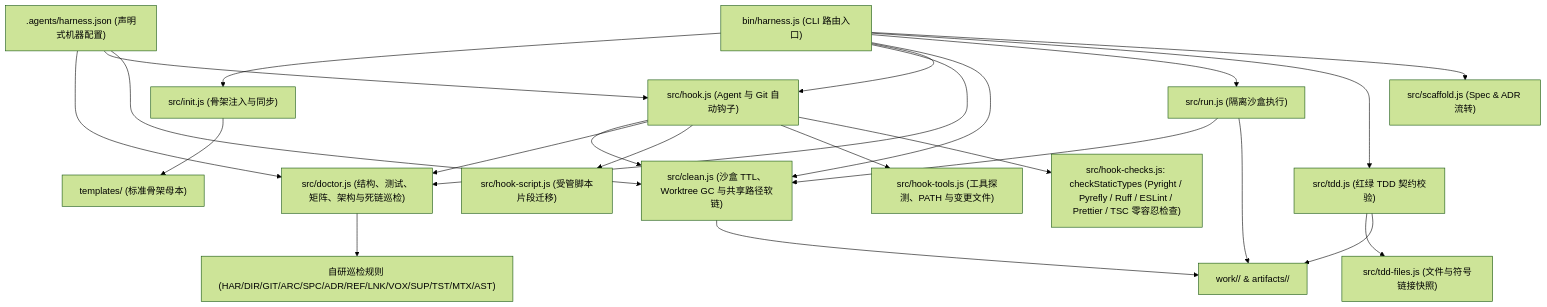
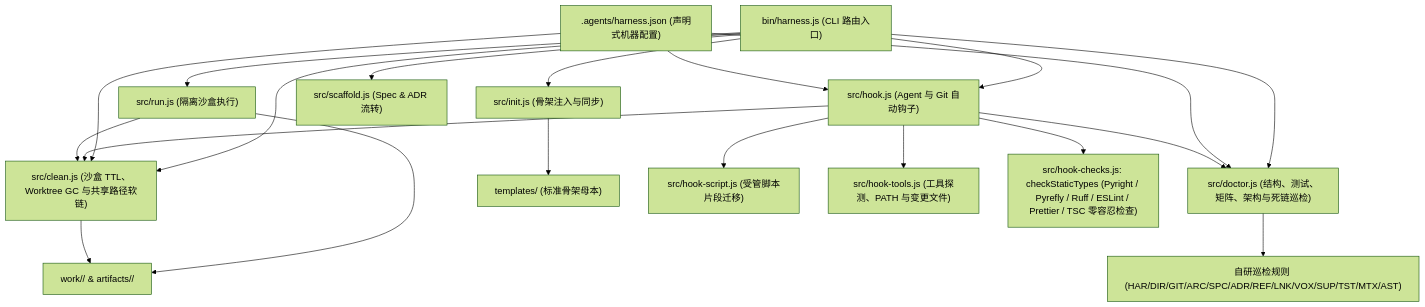
Before and after one commit to nanzhi84/yoryon-harness: the first of 2 diagrams in docs/architecture/overview.md, drawn with Mermaid (forest theme). The commit also changed other lines of this file and 9 other files, not shown here.

````diff
--- a/docs/architecture/overview.md
+++ b/docs/architecture/overview.md
@@ -7,27 +7,24 @@
 ```mermaid
 flowchart TD
     CLI["bin/harness.js (CLI 路由入口)"] --> Init["src/init.js (骨架注入与同步)"]
     CLI --> Doctor["src/doctor.js (结构、测试、矩阵、架构与死链巡检)"]
     CLI --> Hook["src/hook.js (Agent 与 Git 自动钩子)"]
     CLI --> Clean["src/clean.js (沙盒 TTL、Worktree GC 与共享路径软链)"]
     CLI --> Run["src/run.js (隔离沙盒执行)"]
-    CLI --> Tdd["src/tdd.js (红绿 TDD 契约校验)"]
     CLI --> Scaffold["src/scaffold.js (Spec & ADR 流转)"]
 
     Config[".agents/harness.json (声明式机器配置)"] --> Doctor
     Config --> Hook
     Config --> Clean
 
     Init --> Tpl["templates/ (标准骨架母本)"]
     Hook --> Clean
     Hook --> Doctor
     Hook --> HookScript["src/hook-script.js (受管脚本片段迁移)"]
     Hook --> Tools["src/hook-tools.js (工具探测、PATH 与变更文件)"]
     Hook --> TypeCheck["src/hook-checks.js: checkStaticTypes (Pyright / Pyrefly / Ruff / ESLint / Prettier / TSC 零容忍检查)"]
     Run --> Clean
     Doctor --> Rules["自研巡检规则 (HAR/DIR/GIT/ARC/SPC/ADR/REF/LNK/VOX/SUP/TST/MTX/AST)"]
     Run --> Sandbox["work/<run-id>/ & artifacts/<run-id>/"]
-    Tdd --> FileState["src/tdd-files.js (文件与符号链接快照)"]
-    Tdd --> Sandbox
     Clean --> Sandbox
 ```
````
